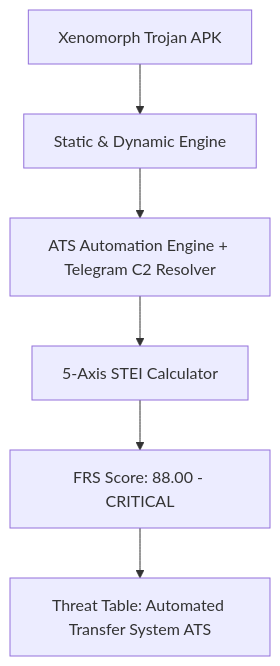
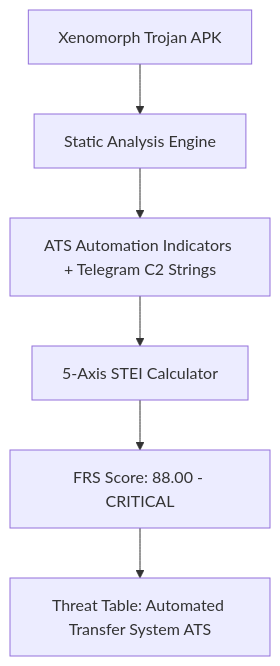
One commit to SanTiwari07/Sudarshan changed the third of 3 diagrams in docs/evaluation/CASE_STUDIES.md. Above: the diagram before and after it, drawn with Mermaid. The commit also changed other lines of this file, not shown here.

Commit message:
docs: fix CASE_STUDIES.md evidentiary integrity - add STATIC-VERIFIED vs TARGET-STATE labels, correct false verified claim on dynamic sections, same treatment as VALIDATION.md

````diff
--- a/docs/evaluation/CASE_STUDIES.md
+++ b/docs/evaluation/CASE_STUDIES.md
@@ -130,8 +142,8 @@
 ```mermaid
 graph TD
-    A[Xenomorph Trojan APK] --> B[Static & Dynamic Engine]
-    B --> C[ATS Automation Engine + Telegram C2 Resolver]
+    A[Xenomorph Trojan APK] --> B[Static Analysis Engine]
+    B --> C[ATS Automation Indicators + Telegram C2 Strings]
     C --> D[5-Axis STEI Calculator]
     D --> E[FRS Score: 88.00 - CRITICAL]
     E --> F[Threat Table: Automated Transfer System ATS]
 ```
````
